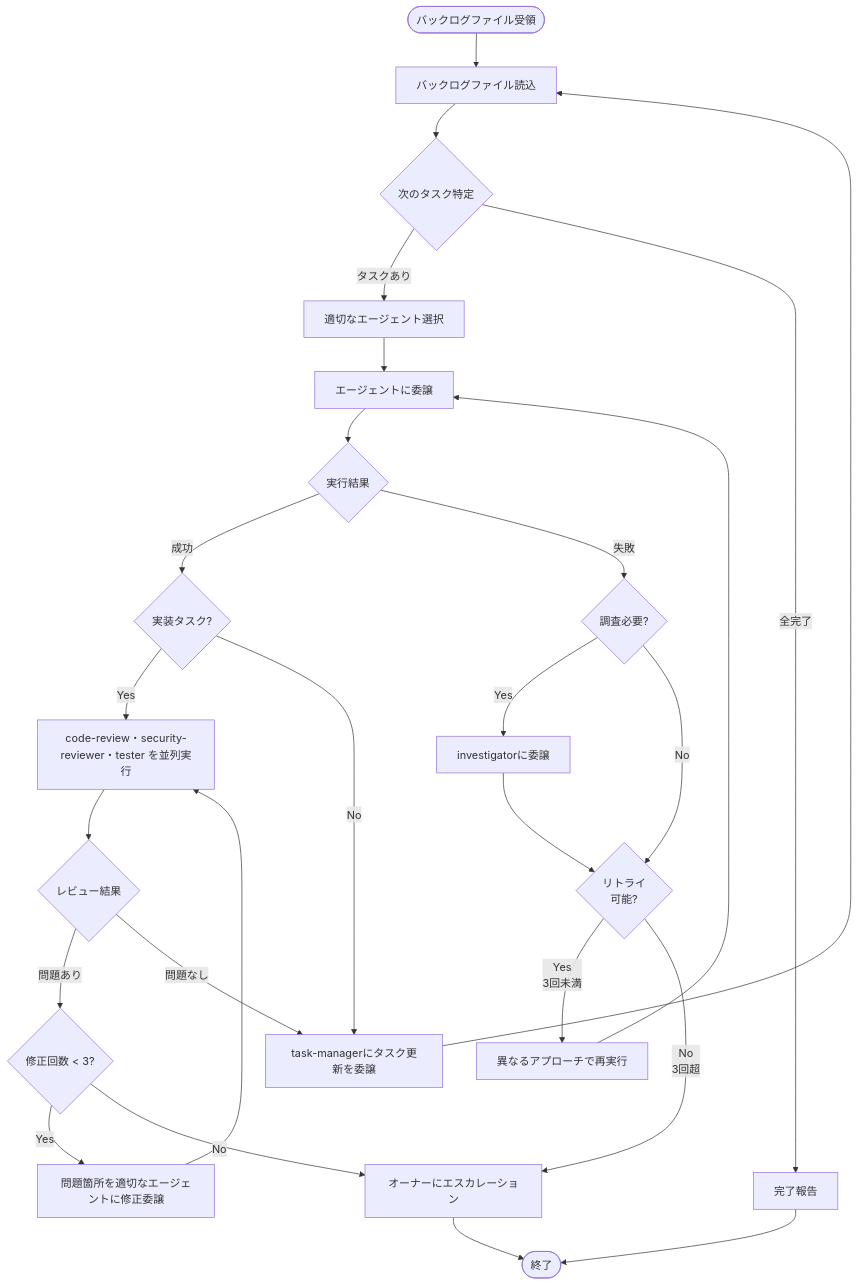
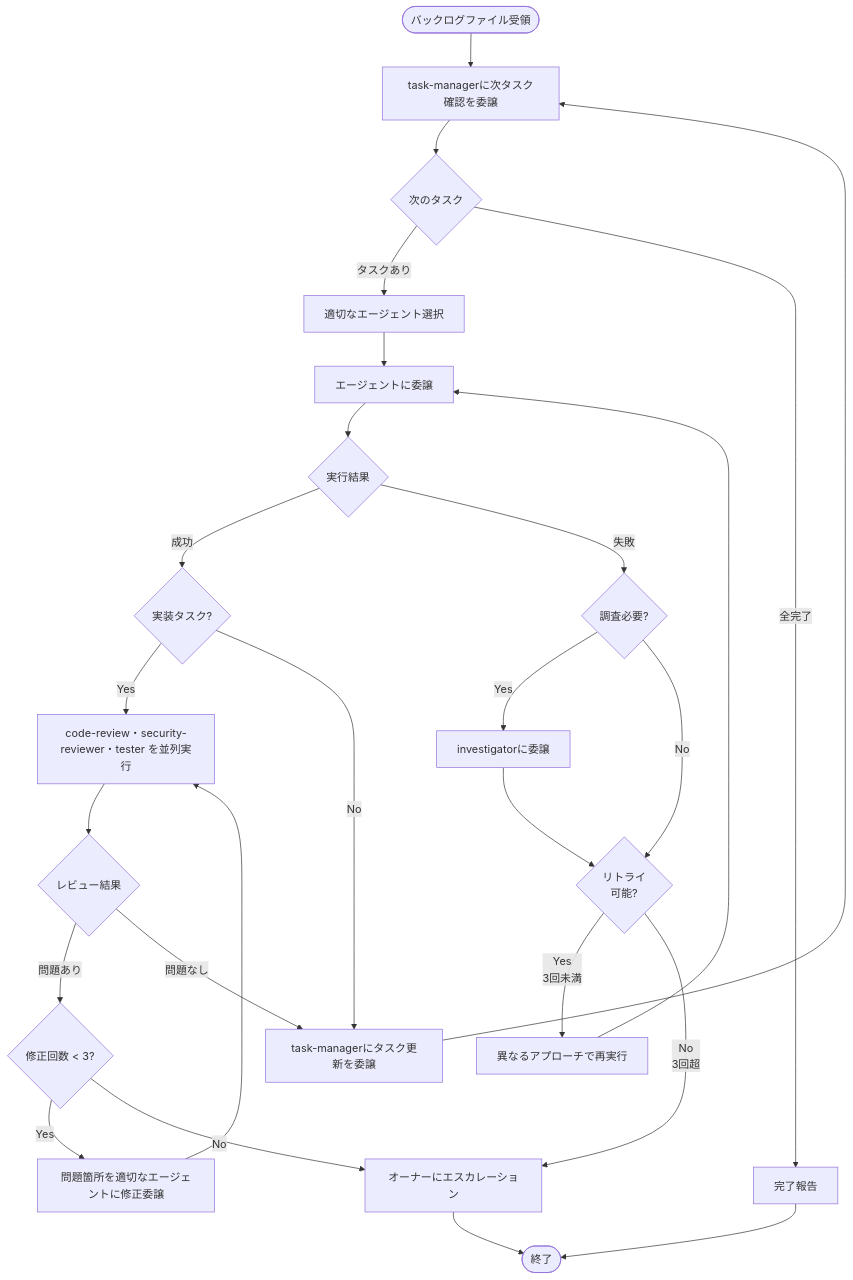
One commit to ichi-h/dotfiles changed the diagram in nix/home/base/cli/copilot-cli/agents/orchestrator.agent.md. Above: the diagram before and after it, drawn with Mermaid. The commit also changed other lines of this file, not shown here.

````diff
--- a/nix/home/base/cli/copilot-cli/agents/orchestrator.agent.md
+++ b/nix/home/base/cli/copilot-cli/agents/orchestrator.agent.md
@@ -22,34 +22,34 @@
 ```mermaid
 graph TB
-    Start([バックログファイル受領]) --> LoadBacklog[バックログファイル読込]
+    Start([バックログファイル受領]) --> AskTaskManager[task-managerに次タスク確認を委譲]
 
-    LoadBacklog --> NextTask{次のタスク特定}
+    AskTaskManager --> NextTask{次のタスク}
     NextTask -->|タスクあり| SelectAgent[適切なエージェント選択]
     NextTask -->|全完了| Report[完了報告]
 
     SelectAgent --> Execute[エージェントに委譲]
     Execute --> Success{実行結果}
 
     Success -->|成功| IsImplTask{実装タスク?}
     IsImplTask -->|Yes| ParallelReview["code-review・security-reviewer・tester を並列実行"]
     IsImplTask -->|No| UpdateTask
     ParallelReview --> ReviewResult{レビュー結果}
     ReviewResult -->|問題あり| CheckRetry{修正回数 < 3?}
     CheckRetry -->|Yes| FixIssues[問題箇所を適切なエージェントに修正委譲]
     CheckRetry -->|No| Escalate
     FixIssues --> ParallelReview
     ReviewResult -->|問題なし| UpdateTask[task-managerにタスク更新を委譲]
-    UpdateTask --> LoadBacklog
+    UpdateTask --> AskTaskManager
 
     Success -->|失敗| Investigate{調査必要?}
     Investigate -->|Yes| CallInvestigator[investigatorに委譲]
     CallInvestigator --> Retry{リトライ<br/>可能?}
     Investigate -->|No| Retry
 
     Retry -->|Yes<br/>3回未満| Replan[異なるアプローチで再実行]
     Replan --> Execute
     Retry -->|No<br/>3回超| Escalate[オーナーにエスカレーション]
 
     Report --> End([終了])
     Escalate --> End
 ```
````
